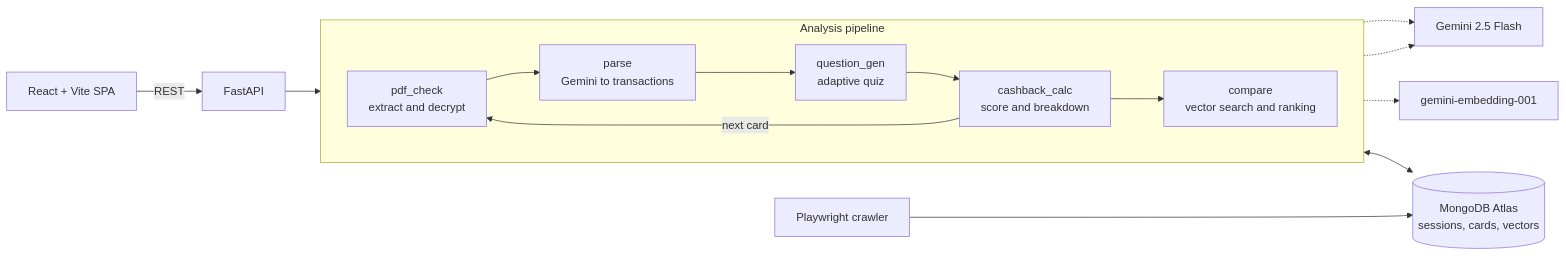
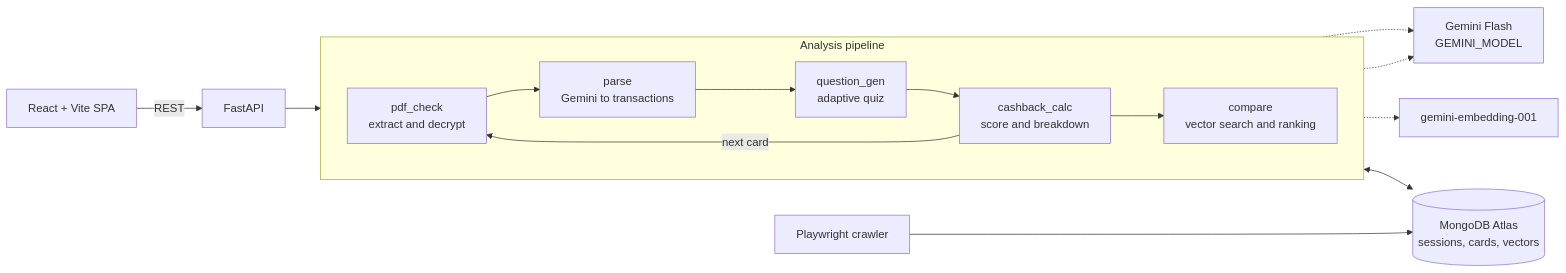
The diagram in README.md (ypg199/cardsense-ai), drawn with Mermaid before and after one commit. The commit also changed other lines of this file and 1 other file, not shown here.

````diff
--- a/README.md
+++ b/README.md
@@ -76,20 +81,20 @@
 ```mermaid
 flowchart LR
     UI[React + Vite SPA] -->|REST| API[FastAPI]
     API --> P
 
     subgraph P[Analysis pipeline]
         direction LR
         A[pdf_check<br/>extract and decrypt] --> B[parse<br/>Gemini to transactions]
         B --> C[question_gen<br/>adaptive quiz]
         C --> D[cashback_calc<br/>score and breakdown]
         D -->|next card| A
         D --> E[compare<br/>vector search and ranking]
     end
 
     P <--> M[(MongoDB Atlas<br/>sessions, cards, vectors)]
-    B -.-> G[Gemini 2.5 Flash]
+    B -.-> G[Gemini Flash<br/>GEMINI_MODEL]
     E -.-> G
     E -.-> V[gemini-embedding-001]
     CR[Playwright crawler] --> M
 ```
````
